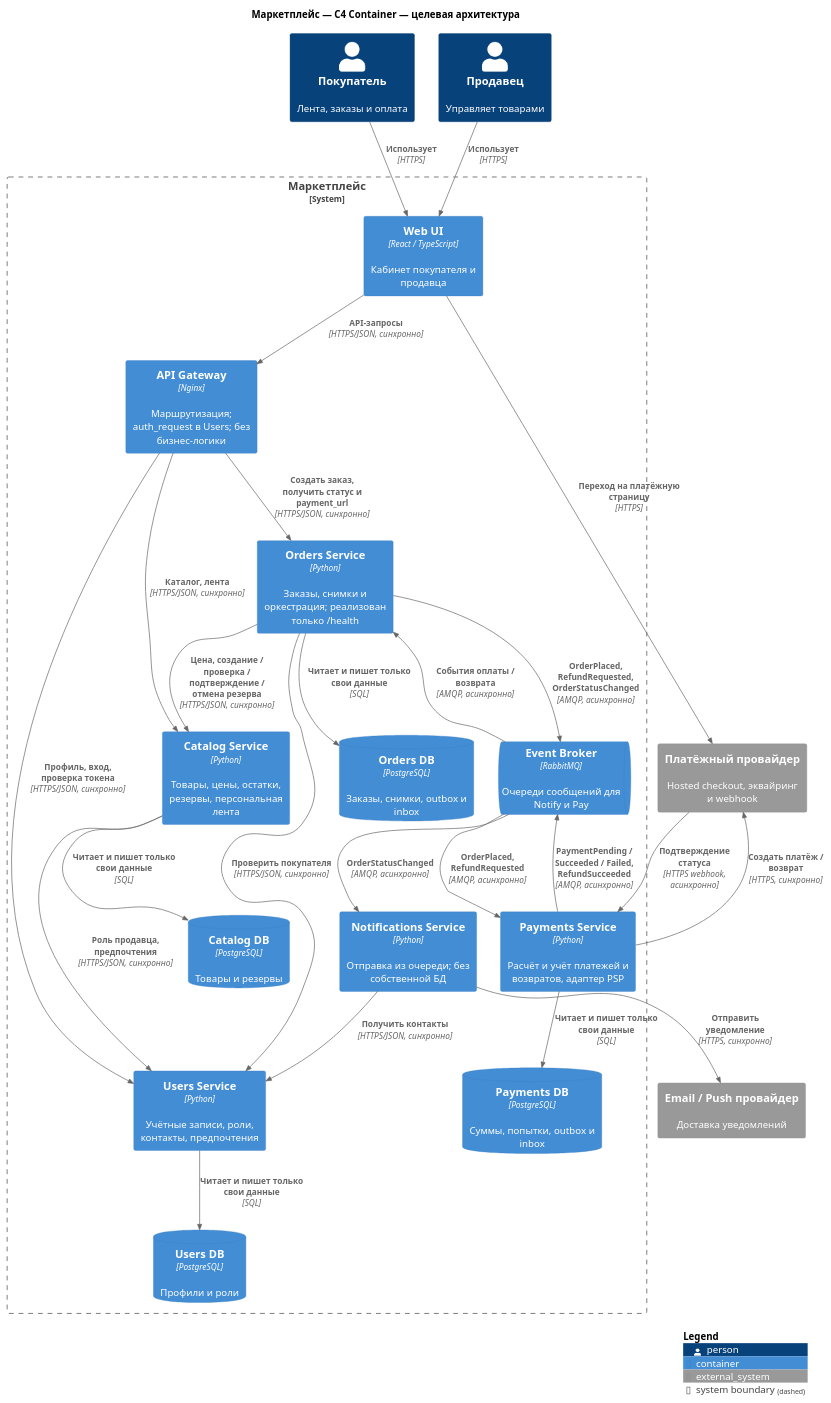
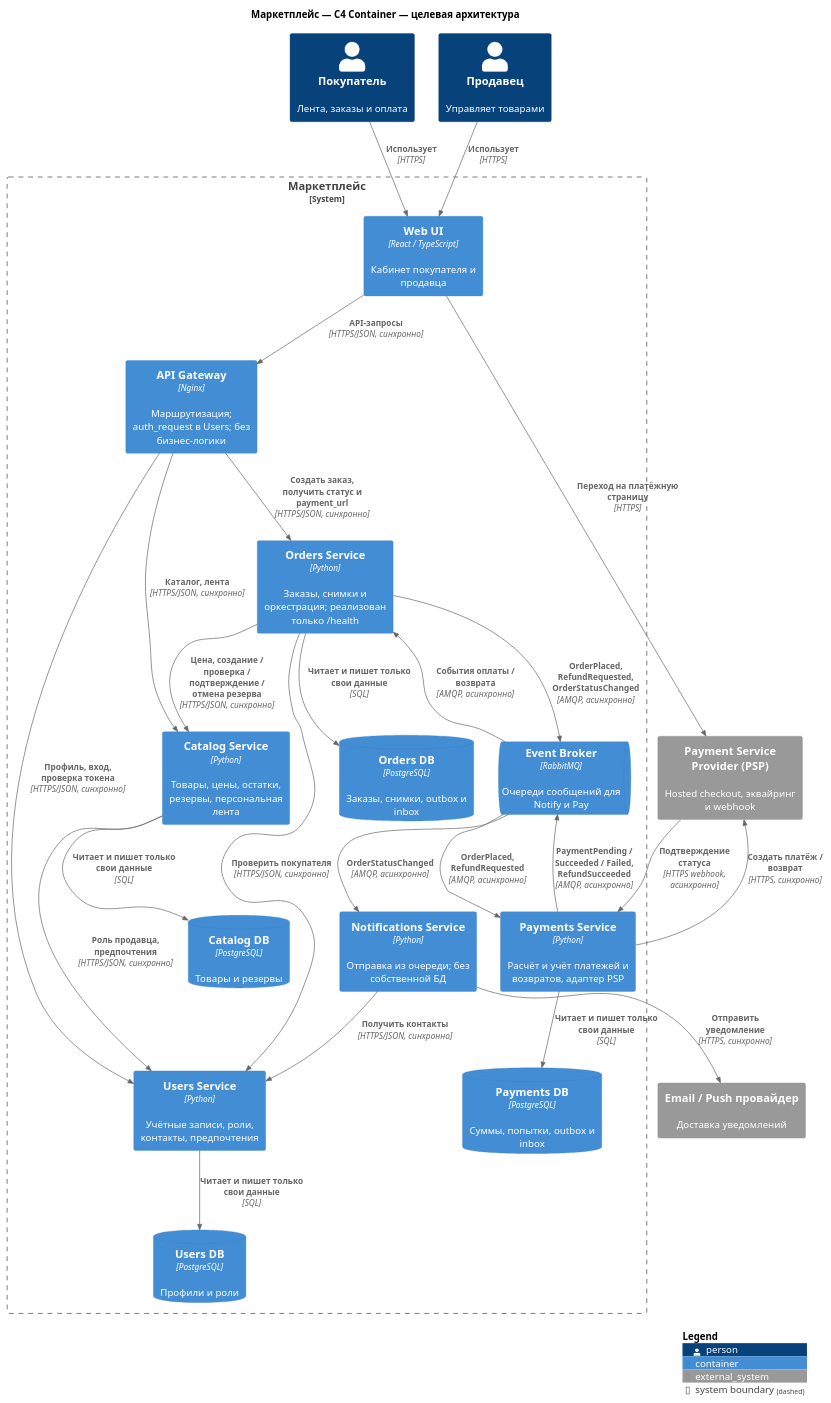
Before and after one commit to buziness11/soa: the diagram in 01_2_балла_Диаграмма/container.puml, drawn with PlantUML. The commit also changed 4 other files, not shown here.

Commit message:
Name external payment provider PSP

```diff
--- a/01_2_балла_Диаграмма/container.puml
+++ b/01_2_балла_Диаграмма/container.puml
@@ -1,47 +1,47 @@
 @startuml MarketplaceContainers
 !include <C4/C4_Container>
 LAYOUT_TOP_DOWN()
 title Маркетплейс — C4 Container — целевая архитектура
 Person(buyer, "Покупатель", "Лента, заказы и оплата")
 Person(seller, "Продавец", "Управляет товарами")
-System_Ext(psp, "Платёжный провайдер", "Hosted checkout, эквайринг и webhook")
+System_Ext(psp, "Payment Service Provider (PSP)", "Hosted checkout, эквайринг и webhook")
 System_Ext(provider, "Email / Push провайдер", "Доставка уведомлений")
 System_Boundary(marketplace, "Маркетплейс") {
   Container(ui, "Web UI", "React / TypeScript", "Кабинет покупателя и продавца")
   Container(gateway, "API Gateway", "Nginx", "Маршрутизация; auth_request в Users; без бизнес-логики")
   Container(users, "Users Service", "Python", "Учётные записи, роли, контакты, предпочтения")
   Container(catalog, "Catalog Service", "Python", "Товары, цены, остатки, резервы, персональная лента")
   Container(orders, "Orders Service", "Python", "Заказы, снимки и оркестрация; реализован только /health")
   Container(payments, "Payments Service", "Python", "Расчёт и учёт платежей и возвратов, адаптер PSP")
   Container(notifications, "Notifications Service", "Python", "Отправка из очереди; без собственной БД")
   ContainerQueue(broker, "Event Broker", "RabbitMQ", "Очереди сообщений для Notify и Pay")
   ContainerDb(usersdb, "Users DB", "PostgreSQL", "Профили и роли")
   ContainerDb(catalogdb, "Catalog DB", "PostgreSQL", "Товары и резервы")
   ContainerDb(ordersdb, "Orders DB", "PostgreSQL", "Заказы, снимки, outbox и inbox")
   ContainerDb(paymentsdb, "Payments DB", "PostgreSQL", "Суммы, попытки, outbox и inbox")
 }
 Rel(buyer, ui, "Использует", "HTTPS")
 Rel(seller, ui, "Использует", "HTTPS")
 Rel(ui, gateway, "API-запросы", "HTTPS/JSON, синхронно")
 Rel(gateway, users, "Профиль, вход, проверка токена", "HTTPS/JSON, синхронно")
 Rel(gateway, catalog, "Каталог, лента", "HTTPS/JSON, синхронно")
 Rel(gateway, orders, "Создать заказ, получить статус и payment_url", "HTTPS/JSON, синхронно")
 Rel(catalog, users, "Роль продавца, предпочтения", "HTTPS/JSON, синхронно")
 Rel(orders, users, "Проверить покупателя", "HTTPS/JSON, синхронно")
 Rel(orders, catalog, "Цена, создание / проверка / подтверждение / отмена резерва", "HTTPS/JSON, синхронно")
 Rel(notifications, users, "Получить контакты", "HTTPS/JSON, синхронно")
 Rel(users, usersdb, "Читает и пишет только свои данные", "SQL")
 Rel(catalog, catalogdb, "Читает и пишет только свои данные", "SQL")
 Rel(orders, ordersdb, "Читает и пишет только свои данные", "SQL")
 Rel(payments, paymentsdb, "Читает и пишет только свои данные", "SQL")
 Rel(orders, broker, "OrderPlaced, RefundRequested, OrderStatusChanged", "AMQP, асинхронно")
 Rel(broker, payments, "OrderPlaced, RefundRequested", "AMQP, асинхронно")
 Rel(payments, broker, "PaymentPending / Succeeded / Failed, RefundSucceeded", "AMQP, асинхронно")
 Rel(broker, orders, "События оплаты / возврата", "AMQP, асинхронно")
 Rel(broker, notifications, "OrderStatusChanged", "AMQP, асинхронно")
 Rel(payments, psp, "Создать платёж / возврат", "HTTPS, синхронно")
 Rel(psp, payments, "Подтверждение статуса", "HTTPS webhook, асинхронно")
 Rel(ui, psp, "Переход на платёжную страницу", "HTTPS")
 Rel(notifications, provider, "Отправить уведомление", "HTTPS, синхронно")
 SHOW_LEGEND()
 @enduml
```
